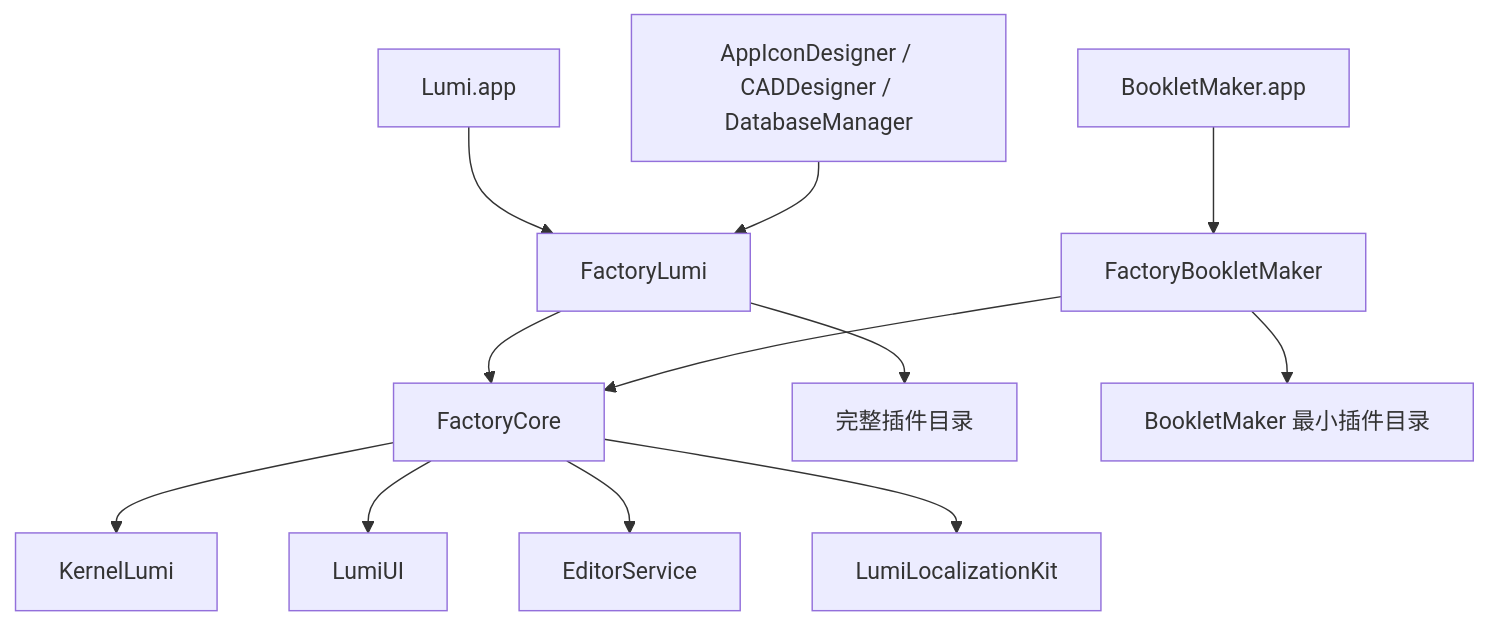
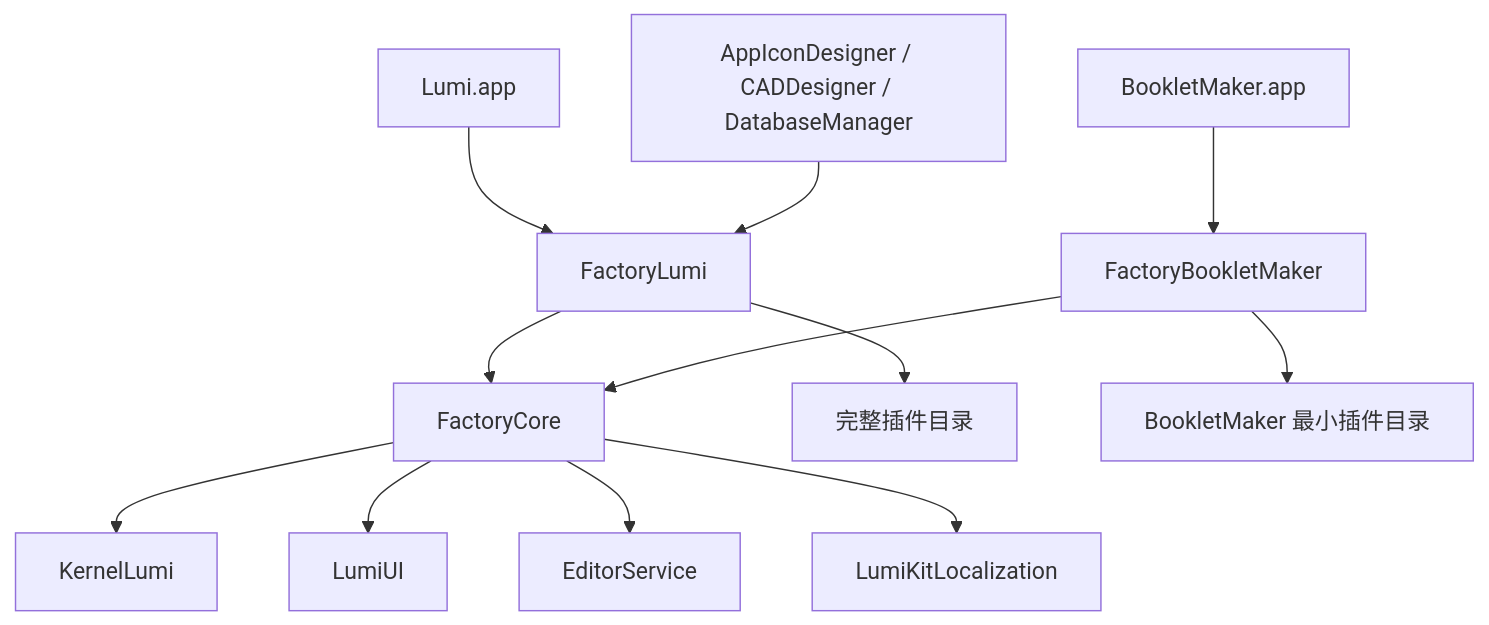
One commit to CofficLab/Lumi changed the diagram in docs/factory-architecture.md. Above: the diagram before and after it, drawn with Mermaid. The commit also changed other lines of this file and 912 other files, not shown here.

````diff
--- a/docs/factory-architecture.md
+++ b/docs/factory-architecture.md
@@ -35,17 +35,17 @@
 ```mermaid
 flowchart TD
     LumiApp["Lumi.app"] --> FL["FactoryLumi"]
     BookletApp["BookletMaker.app"] --> FB["FactoryBookletMaker"]
     OtherApps["AppIconDesigner / CADDesigner / DatabaseManager"] --> FL
 
     FL --> FC["FactoryCore"]
     FB --> FC
 
     FC --> Kernel["KernelLumi"]
     FC --> UI["LumiUI"]
     FC --> Editor["EditorService"]
-    FC --> Localization["LumiLocalizationKit"]
+    FC --> Localization["LumiKitLocalization"]
 
     FL --> FullPlugins["完整插件目录"]
     FB --> BookletPlugins["BookletMaker 最小插件目录"]
 ```
````
